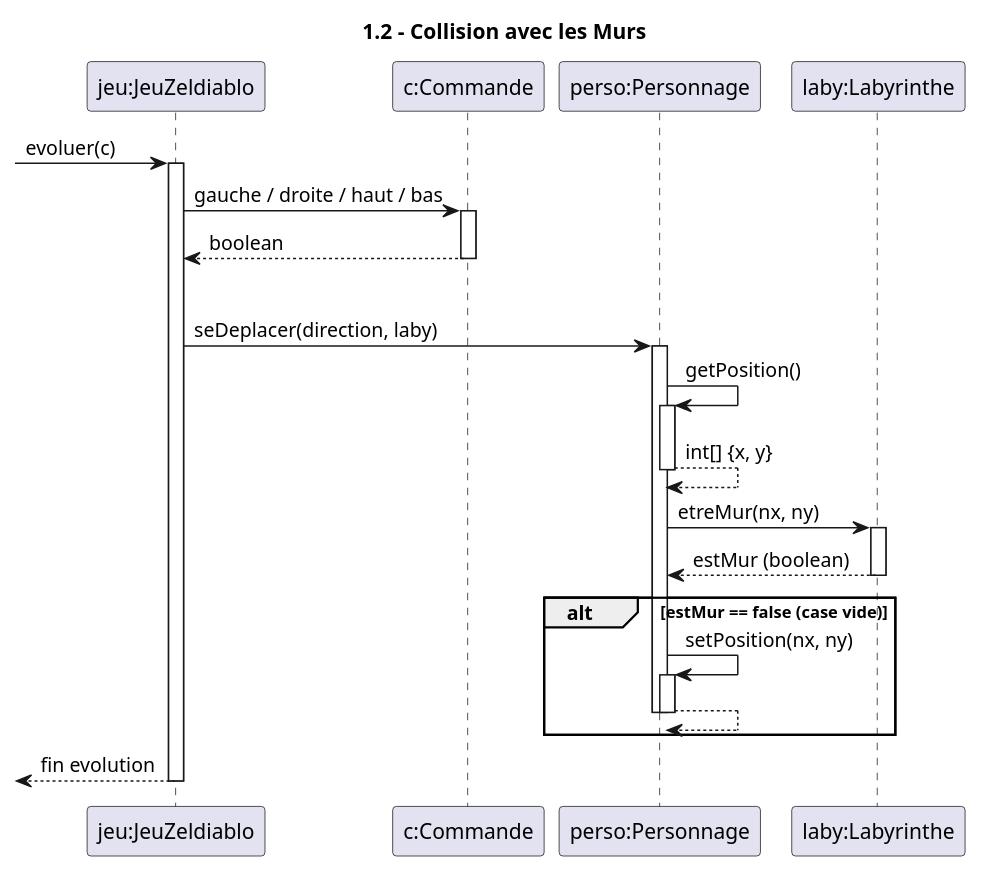
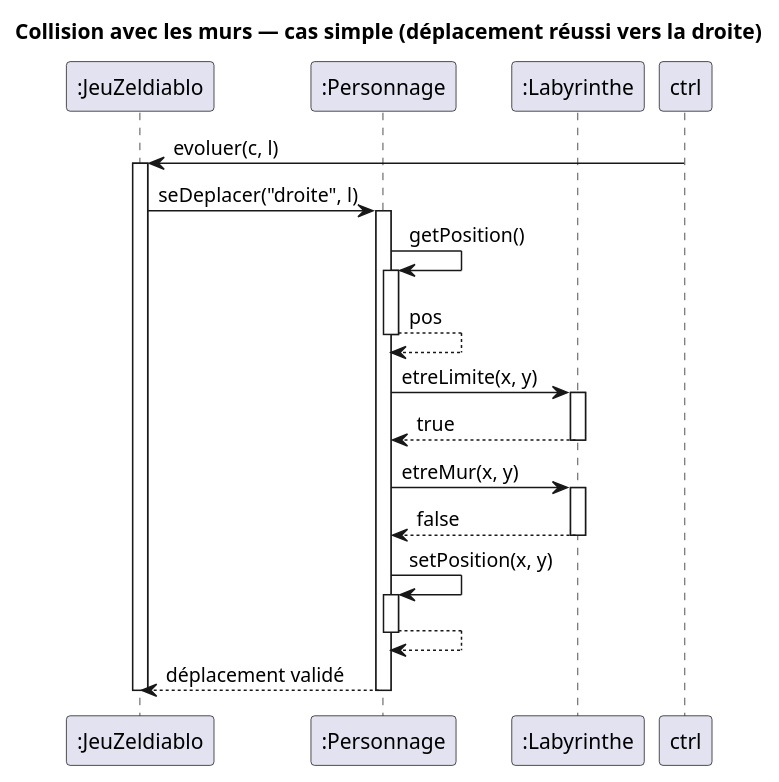
One commit to D-Lilian09/2026_COO_Zeldiablo_DU-HE-MA-PA changed the diagram in documents/version_2/diagramme_de_sequence_ colision_mur.puml. Above: the diagram before and after it, drawn with PlantUML.

Commit message:
modification diagramme de sequence colision mur

```diff
--- a/documents/version_2/diagramme_de_sequence_ colision_mur.puml
+++ b/documents/version_2/diagramme_de_sequence_ colision_mur.puml
@@ -1,37 +1,35 @@
 @startuml
-title 1.2 - Collision avec les Murs
+title Collision avec les murs — cas simple (déplacement réussi vers la droite)
 
-participant "jeu:JeuZeldiablo" as J
-participant "c:Commande" as C
-participant "perso:Personnage" as P
-participant "laby:Labyrinthe" as L
+participant ":JeuZeldiablo" as jeu
+participant ":Personnage" as perso
+participant ":Labyrinthe" as laby
 
-[-> J : evoluer(c)
-activate J
-    J -> C : gauche / droite / haut / bas
-    activate C
-    C --> J : boolean
-    deactivate C
-    group Pour la direction detectee (gauche, droite, haut ou bas)
-        J -> P : seDeplacer(direction, laby)
-        activate P
-            P -> P : getPosition()
-            activate P
-            P --> P : int[] {x, y}
-            deactivate P
-            P -> L : etreMur(nx, ny)
-            activate L
-            L --> P : estMur (boolean)
-            deactivate L
-            alt estMur == false (case vide)
-                P -> P : setPosition(nx, ny)
-                activate P
-                P --> P
-                deactivate P
-        deactivate P
-    end
-[<-- J : fin evolution
-deactivate J
+ctrl -> jeu : evoluer(c, l)
+activate jeu
+
+jeu -> perso : seDeplacer("droite", l)
+activate perso
+
+perso -> perso : getPosition()
+activate perso
+return pos
 
 
+perso -> laby : etreLimite(x, y)
+activate laby
+return true
+
+perso -> laby : etreMur(x, y)
+activate laby
+return false
+
+perso -> perso : setPosition(x, y)
+activate perso
+return
+
+perso --> jeu : déplacement validé
+deactivate perso
+
+deactivate jeu
 @enduml
```
